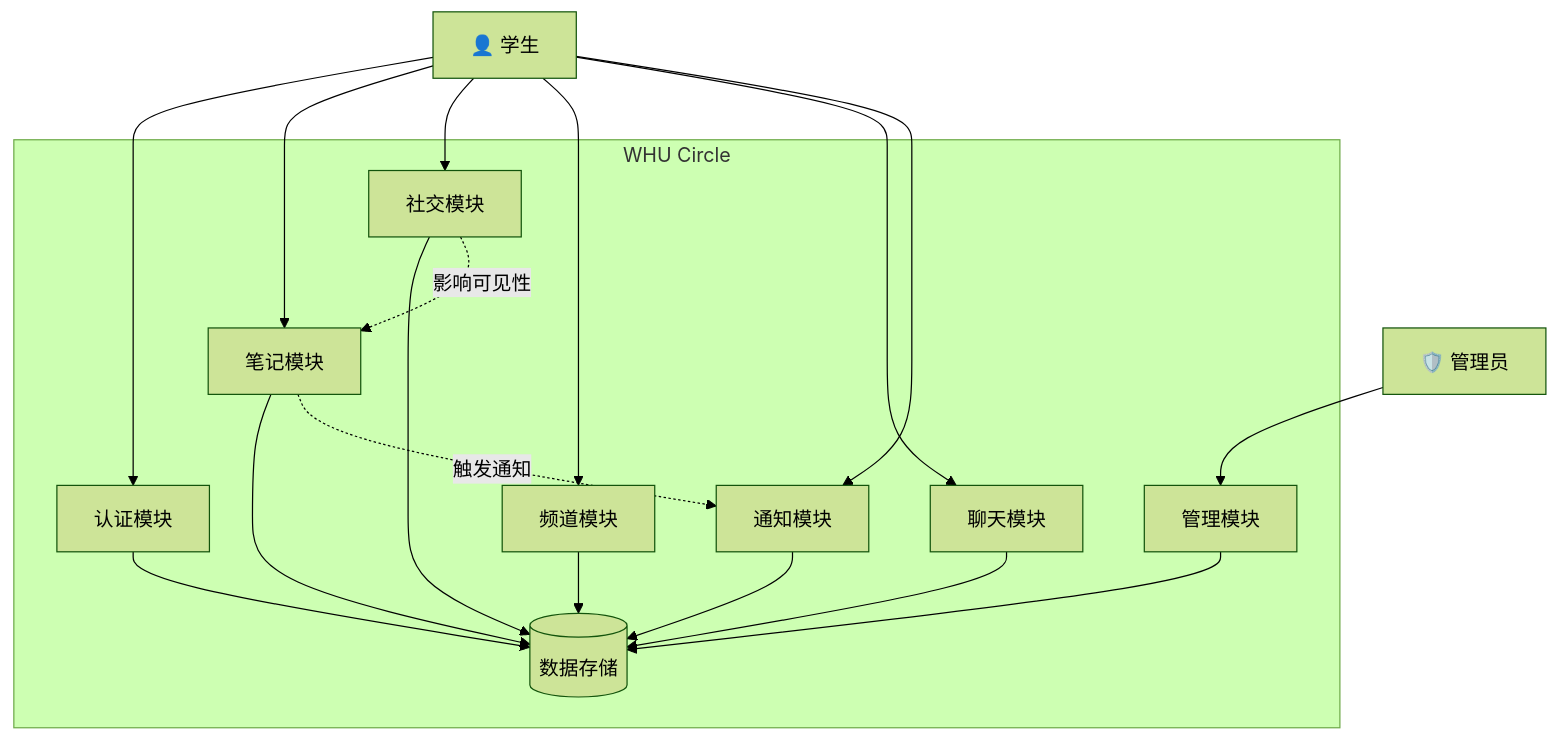
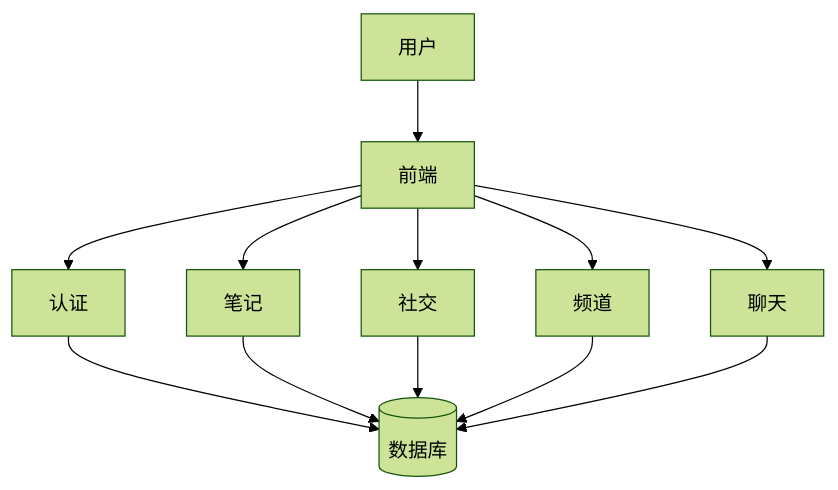
One commit to oliviawxx/whucircle changed the eighth of 10 diagrams in WHU_Circle_需求建模文档.md. Above: the diagram before and after it, drawn with Mermaid (forest theme). The commit also changed other lines of this file and 16 other files, not shown here.

````diff
--- a/WHU_Circle_需求建模文档.md
+++ b/WHU_Circle_需求建模文档.md
@@ -439,35 +164,11 @@
 ```mermaid
-graph TD
-    U["👤 学生"] 
-    A["🛡️ 管理员"]
-
-    subgraph S["WHU Circle"]
-        P1["认证模块"]
-        P2["笔记模块"]
-        P3["社交模块"]
-        P4["频道模块"]
-        P5["聊天模块"]
-        P6["通知模块"]
-        P7["管理模块"]
-        DS[("数据存储")]
-    end
-
-    U --> P1
-    U --> P2
-    U --> P3
-    U --> P4
-    U --> P5
-    U --> P6
-    A --> P7
-
-    P1 --> DS
-    P2 --> DS
-    P3 --> DS
-    P4 --> DS
-    P5 --> DS
-    P6 --> DS
-    P7 --> DS
-
-    P2 -.->|触发通知| P6
-    P3 -.->|影响可见性| P2
+flowchart TD
+    U["用户"] --> FE["前端"]
+    FE --> AUTH["认证"] & NOTE["笔记"] & SOCIAL["社交"]
+    FE --> CHANNEL["频道"] & CHAT["聊天"]
+    AUTH --> DB[("数据库")]
+    NOTE --> DB
+    SOCIAL --> DB
+    CHANNEL --> DB
+    CHAT --> DB
 ```
````
